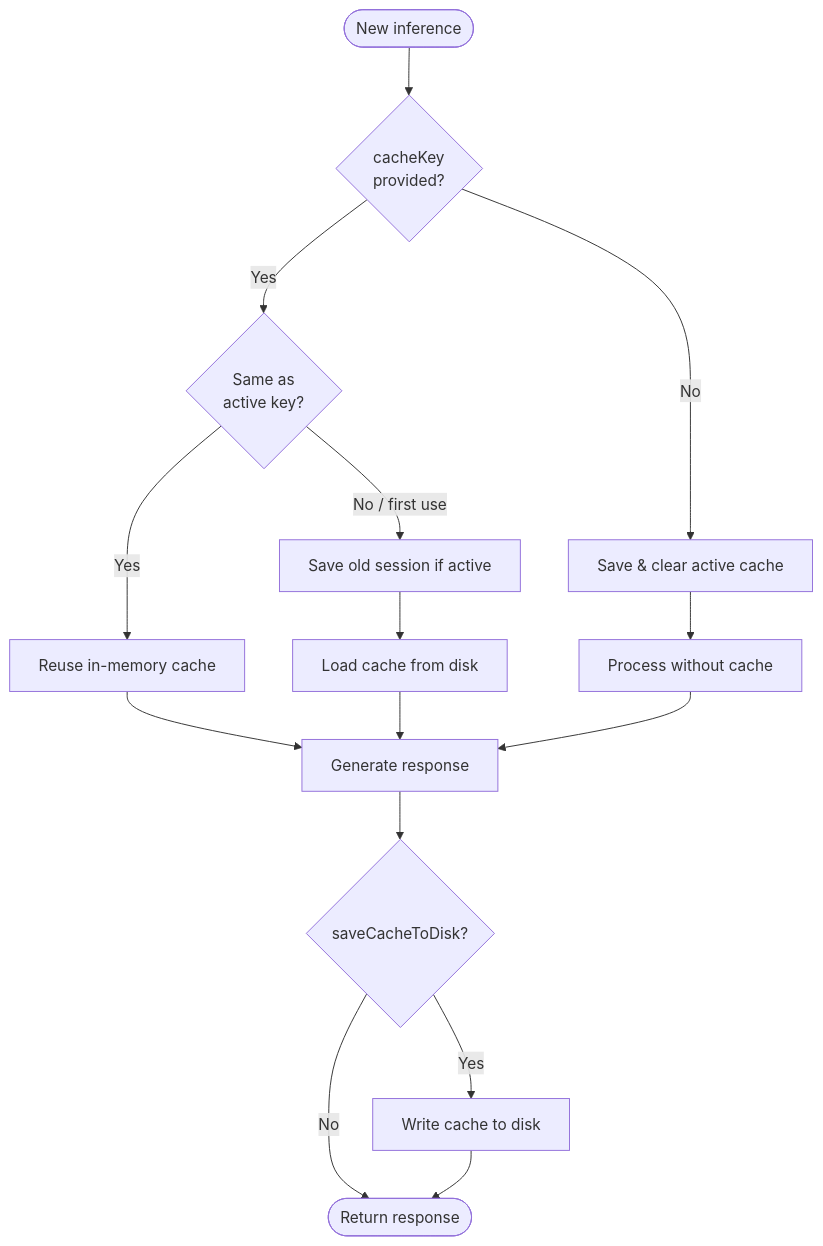
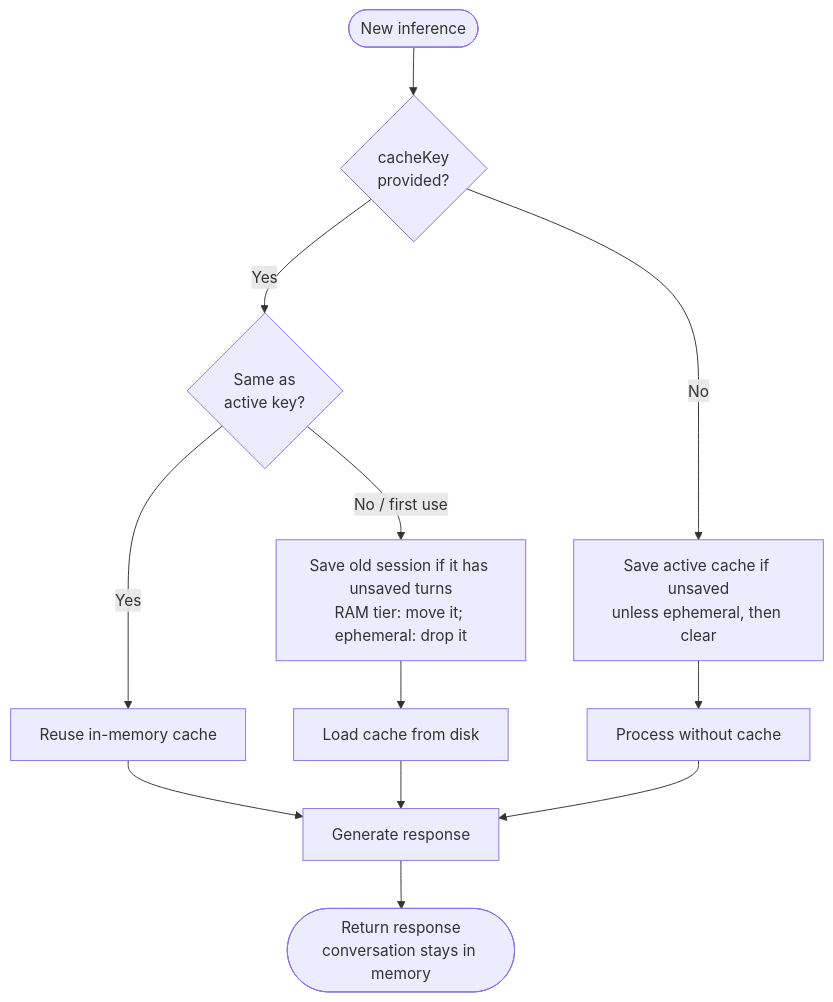
The sixth of 6 diagrams in packages/llm-llamacpp/docs/data-flows-detailed.md (tetherto/qvac), drawn with Mermaid before and after one commit. The commit also changed other lines of this file and 6 other files, not shown here.

Commit message:
docs(llm-llamacpp): document saveCache(), ephemeral and the unload flush

````diff
--- a/packages/llm-llamacpp/docs/data-flows-detailed.md
+++ b/packages/llm-llamacpp/docs/data-flows-detailed.md
@@ -456,17 +456,14 @@
 ```mermaid
 flowchart TD
     Start([New inference]) --> CheckKey{cacheKey<br/>provided?}
-    CheckKey -->|No| ClearRAM[Save & clear active cache]
+    CheckKey -->|No| ClearRAM[Save active cache if unsaved<br/>unless ephemeral, then clear]
     ClearRAM --> NormalInference[Process without cache]
     CheckKey -->|Yes| SameKey{Same as<br/>active key?}
     SameKey -->|Yes| Reuse[Reuse in-memory cache]
-    SameKey -->|No / first use| SaveOld[Save old session if active]
+    SameKey -->|No / first use| SaveOld[Save old session if it has unsaved turns<br/>RAM tier: move it; ephemeral: drop it]
     SaveOld --> LoadNew[Load cache from disk]
     Reuse --> Generate[Generate response]
     LoadNew --> Generate
     NormalInference --> Generate
-    Generate --> CheckSave{saveCacheToDisk?}
-    CheckSave -->|Yes| WriteDisk[Write cache to disk]
-    CheckSave -->|No| End([Return response])
-    WriteDisk --> End
+    Generate --> End([Return response<br/>conversation stays in memory])
 ```
````
